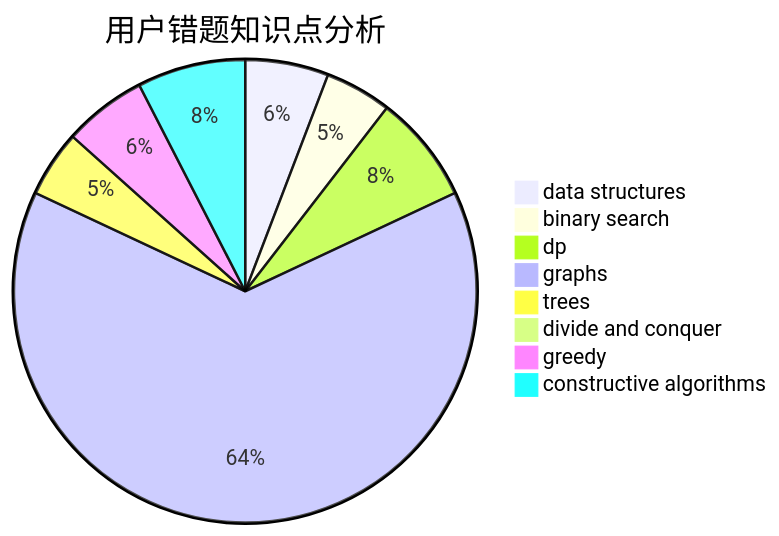
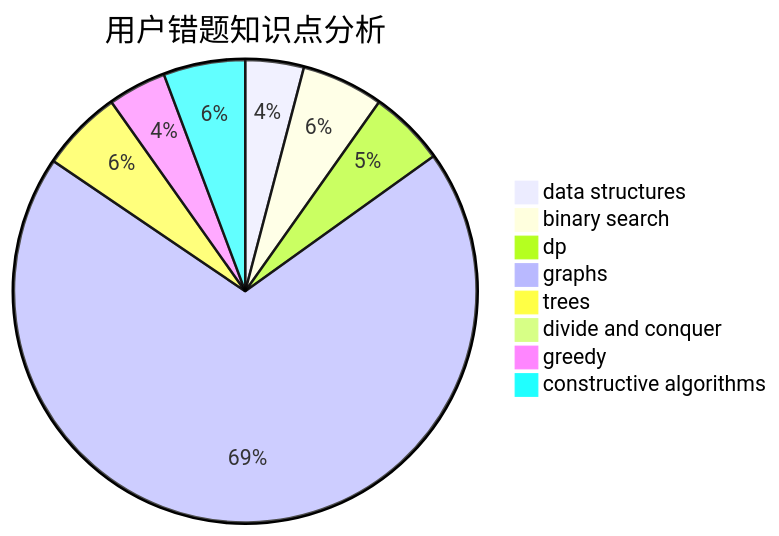
One commit to sherpahu/cfrs.github.io changed the third of 3 diagrams in docs/user/u1975.md. Above: the diagram before and after it, drawn with Mermaid. The commit also changed other lines of this file and 2770 other files, not shown here.

````diff
--- a/docs/user/u1975.md
+++ b/docs/user/u1975.md
@@ -36,11 +36,11 @@
 ```mermaid
 pie title 用户错题知识点分析
     "data structures" :  10
-    "binary search" :  8
+    "binary search" :  14
     "dp" :  13
-    "graphs" :  110
-    "trees" :  8
+    "graphs" :  170
+    "trees" :  14
     "divide and conquer" :  1
     "greedy" :  10
-    "constructive algorithms" :  13
+    "constructive algorithms" :  14
 ```
````
